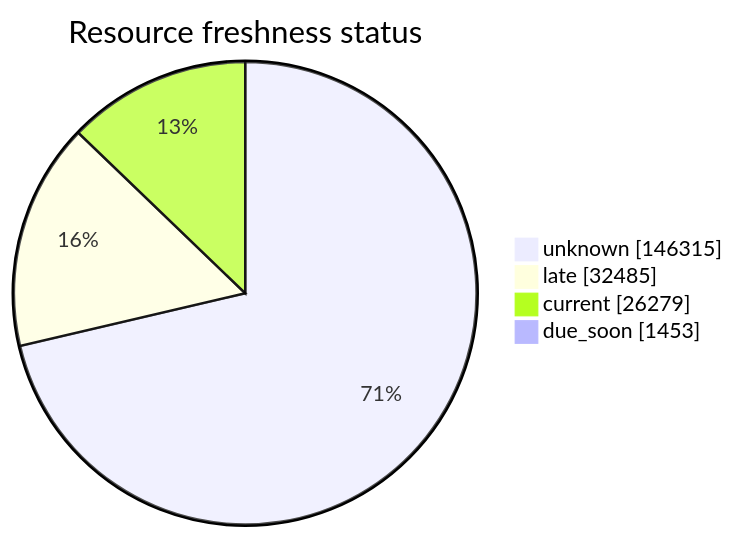
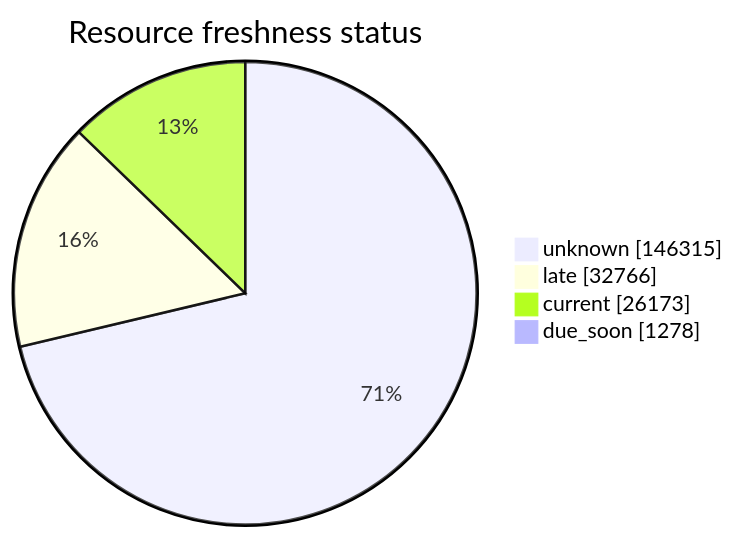
The third of 5 diagrams in FreshCheck/README.md (open-data/analytics-corporate-reporting), drawn with Mermaid before and after one commit. The commit also changed other lines of this file and 3 other files, not shown here.

````diff
--- a/FreshCheck/README.md
+++ b/FreshCheck/README.md
@@ -77,7 +77,7 @@
 ```mermaid
 pie showData title Resource freshness status
     "unknown": 146315
-    "late": 32485
-    "current": 26279
-    "due_soon": 1453
+    "late": 32766
+    "current": 26173
+    "due_soon": 1278
 ```
````
